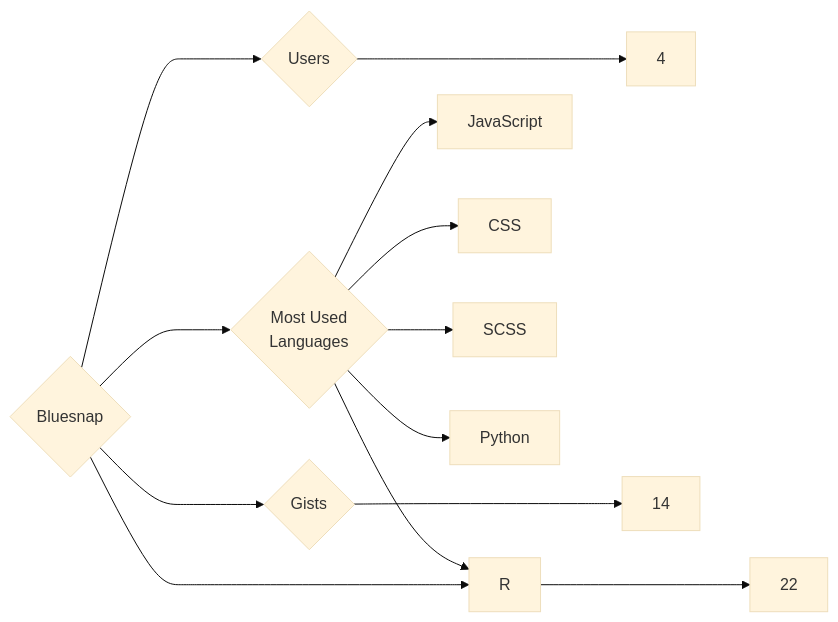
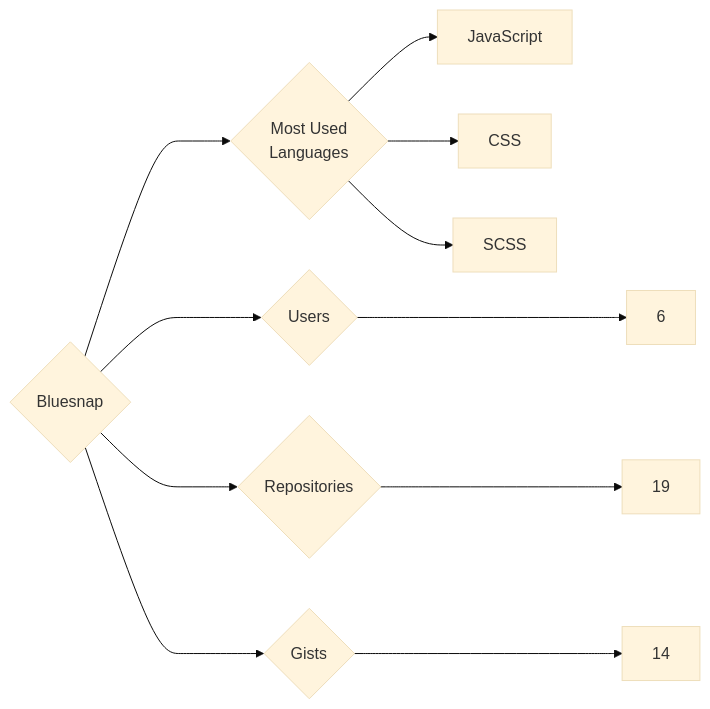
The diagram in targets/Bluesnap/README.md (trickest/insiders), drawn with Mermaid (base theme) before and after one commit. The commit also changed 681 other files, not shown here.

````diff
--- a/targets/Bluesnap/README.md
+++ b/targets/Bluesnap/README.md
@@ -3,13 +3,11 @@
 ```mermaid
 graph LR
 COMPANY_NAME{Bluesnap}
-COMPANY_NAME ---> U{Users} ---> UN[4]
-COMPANY_NAME ---> R{Repositories} ---> RN[22]
+COMPANY_NAME ---> U{Users} ---> UN[6]
+COMPANY_NAME ---> R{Repositories} ---> RN[19]
 COMPANY_NAME ---> G{Gists} ---> GN[14]
 COMPANY_NAME ---> ML{Most Used<br>Languages}
 ML --> JavaScript[JavaScript]
 ML --> CSS[CSS]
 ML --> SCSS[SCSS]
-ML --> R[R]
-ML --> Python[Python]
 ```
````
